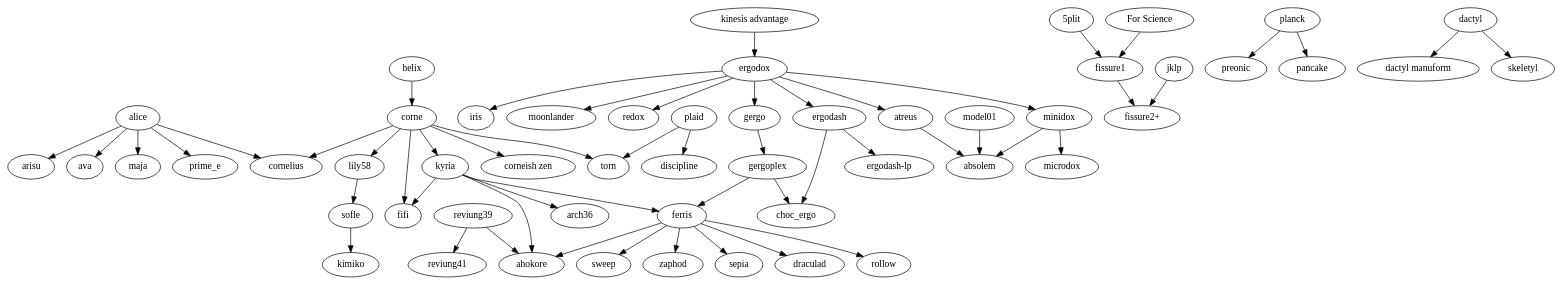
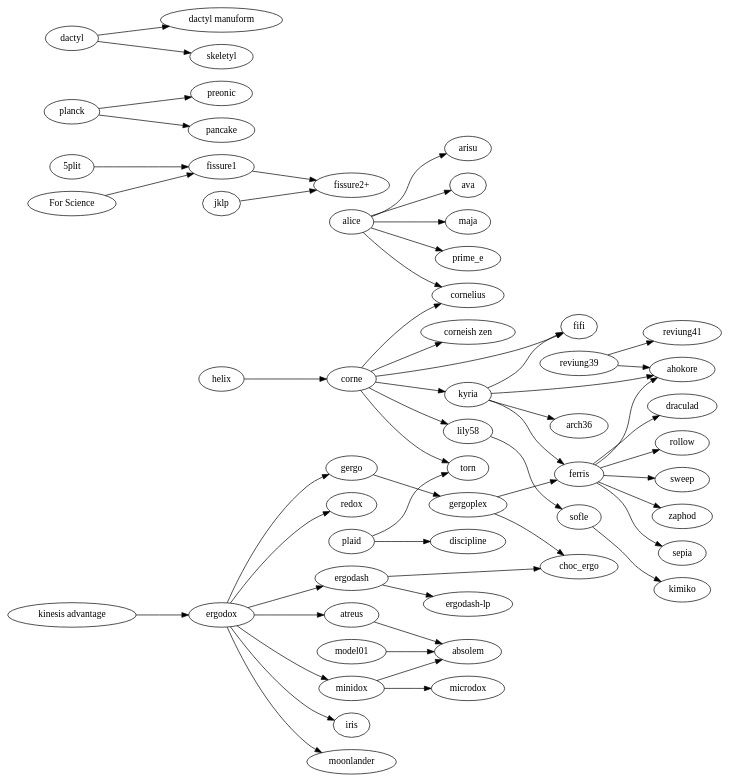
One commit to petejohanson/mk-family-tree changed the diagram in tree.gv. Above: the diagram before and after it, drawn with Graphviz.

Commit message:
Switch to LR rankdir.

```diff
--- a/tree.gv
+++ b/tree.gv
@@ -1,109 +1,111 @@
-digraph T {
+digraph {
+  rankdir=LR;
+  
   subgraph splits {
     helix -> corne;
 
     corne -> {
       "corneish zen";
       cornelius;
       fifi;
       kyria;
       lily58;
       torn;
     };
 
     lily58 -> sofle;
 
     kyria -> {
         ahokore;
         arch36;
         ferris;
         fifi;
     };
 
     "kinesis advantage" -> ergodox;
 
     ergodox -> {
       atreus;
       ergodash;
       gergo;
       iris;
       minidox;
       moonlander;
       redox;
     };
 
     ergodash -> {
       "ergodash-lp";
       choc_ergo;
     };
 
     gergo -> gergoplex;
     gergoplex -> {
       ferris;
       choc_ergo;
     };
 
     ferris -> {
       ahokore;
       sepia;
       draculad;
       rollow;
       sweep;
       zaphod;
     };
 
     minidox -> {
       absolem;
       microdox;
     };
 
     model01 -> {
       absolem;
     };
 
     sofle -> kimiko;
 
     "5plit" -> "fissure1";
     "For Science" -> "fissure1";
     fissure1 -> "fissure2+";
     jklp -> "fissure2+";
   }
 
   subgraph unibody {
     atreus -> {
       absolem;
     };
     reviung39 -> {
       ahokore;
       reviung41;
     };
   };
 
   subgraph ortholinear {
     plaid -> {
       discipline;
       torn;
     };
     planck -> {
       preonic;
       pancake;
     };
   }
 
   subgraph {
     dactyl -> {
       "dactyl manuform";
       skeletyl;
     }
   }
 
   subgraph alicefamily {
     alice -> {
       arisu;
       ava;
       cornelius;
       maja;
       prime_e;
     }
   }
 }
```
